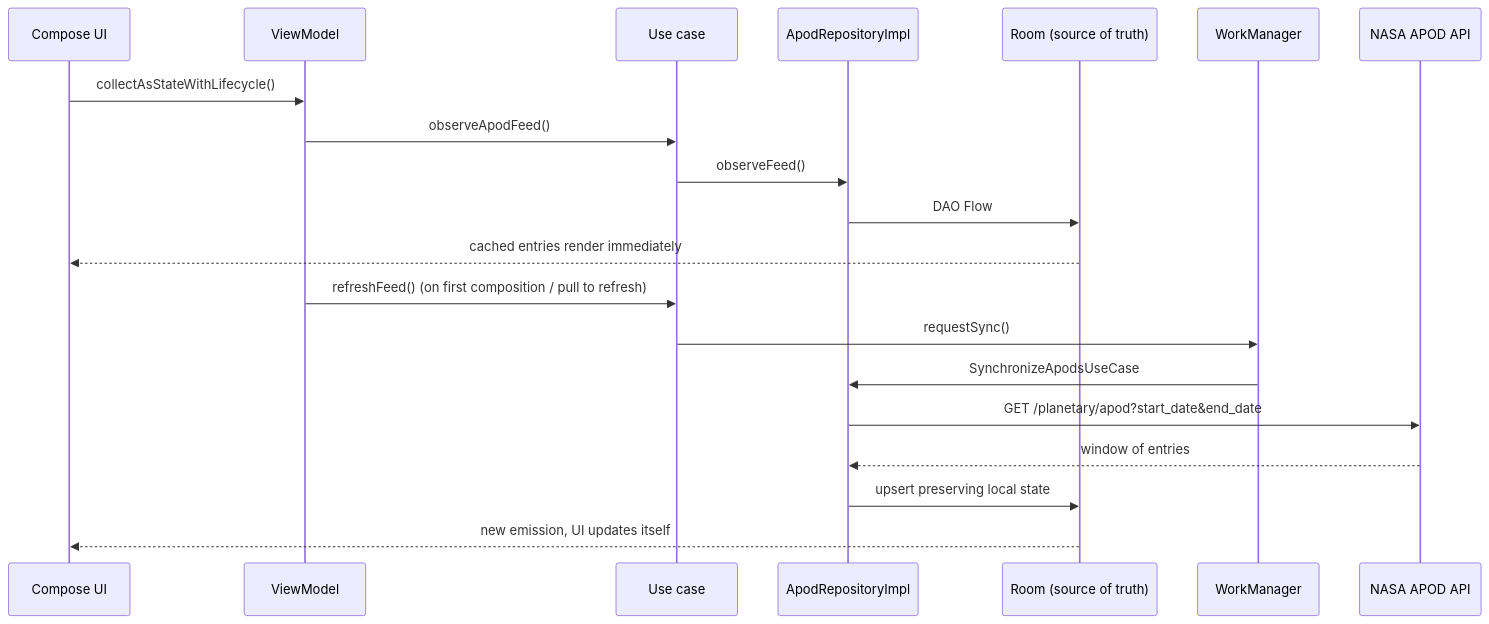
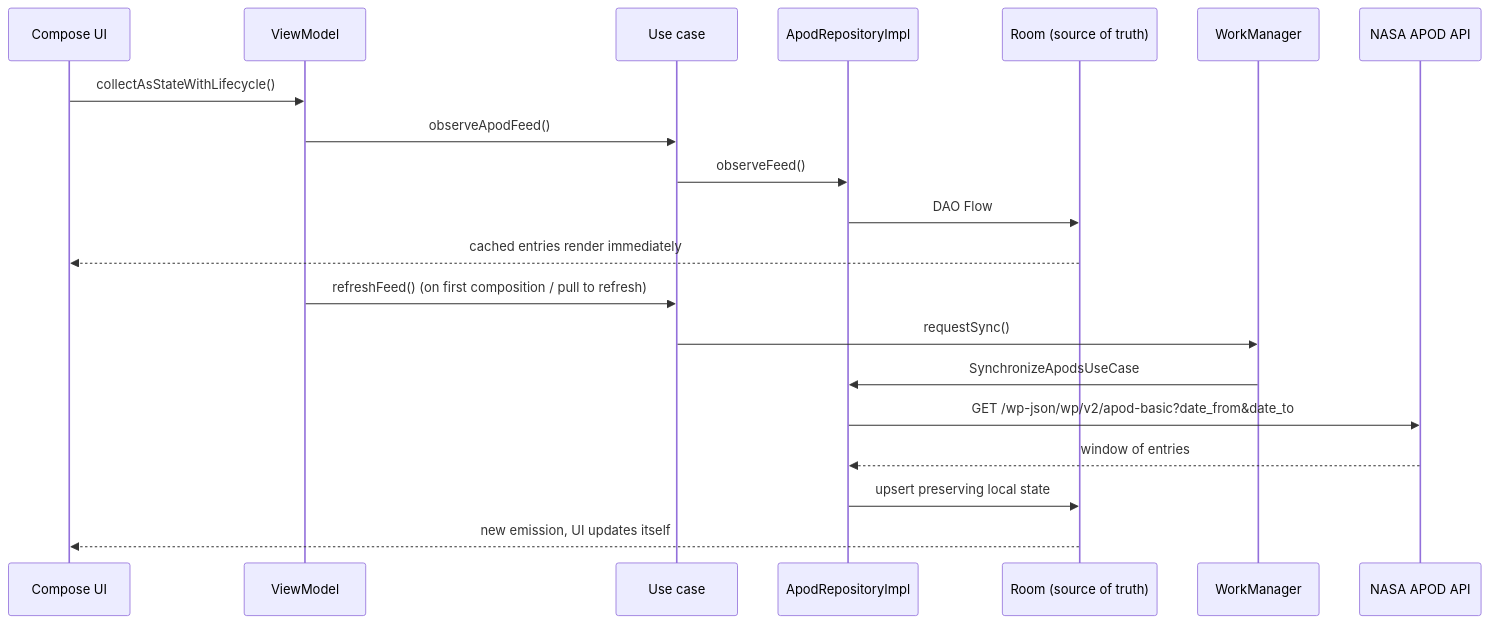
Before and after one commit to radustavila/Universe-Explorer: the third of 6 diagrams in README.md, drawn with Mermaid. The commit also changed other lines of this file and 9 other files, not shown here.

````diff
--- a/README.md
+++ b/README.md
@@ -181,24 +181,24 @@
 ```mermaid
 sequenceDiagram
     participant UI as Compose UI
     participant VM as ViewModel
     participant UC as Use case
     participant Repo as ApodRepositoryImpl
     participant Room as Room (source of truth)
     participant Sync as WorkManager
     participant API as NASA APOD API
 
     UI->>VM: collectAsStateWithLifecycle()
     VM->>UC: observeApodFeed()
     UC->>Repo: observeFeed()
     Repo->>Room: DAO Flow
     Room-->>UI: cached entries render immediately
 
     VM->>UC: refreshFeed() (on first composition / pull to refresh)
     UC->>Sync: requestSync()
     Sync->>Repo: SynchronizeApodsUseCase
-    Repo->>API: GET /planetary/apod?start_date&end_date
+    Repo->>API: GET /wp-json/wp/v2/apod-basic?date_from&date_to
     API-->>Repo: window of entries
     Repo->>Room: upsert preserving local state
     Room-->>UI: new emission, UI updates itself
 ```
````
